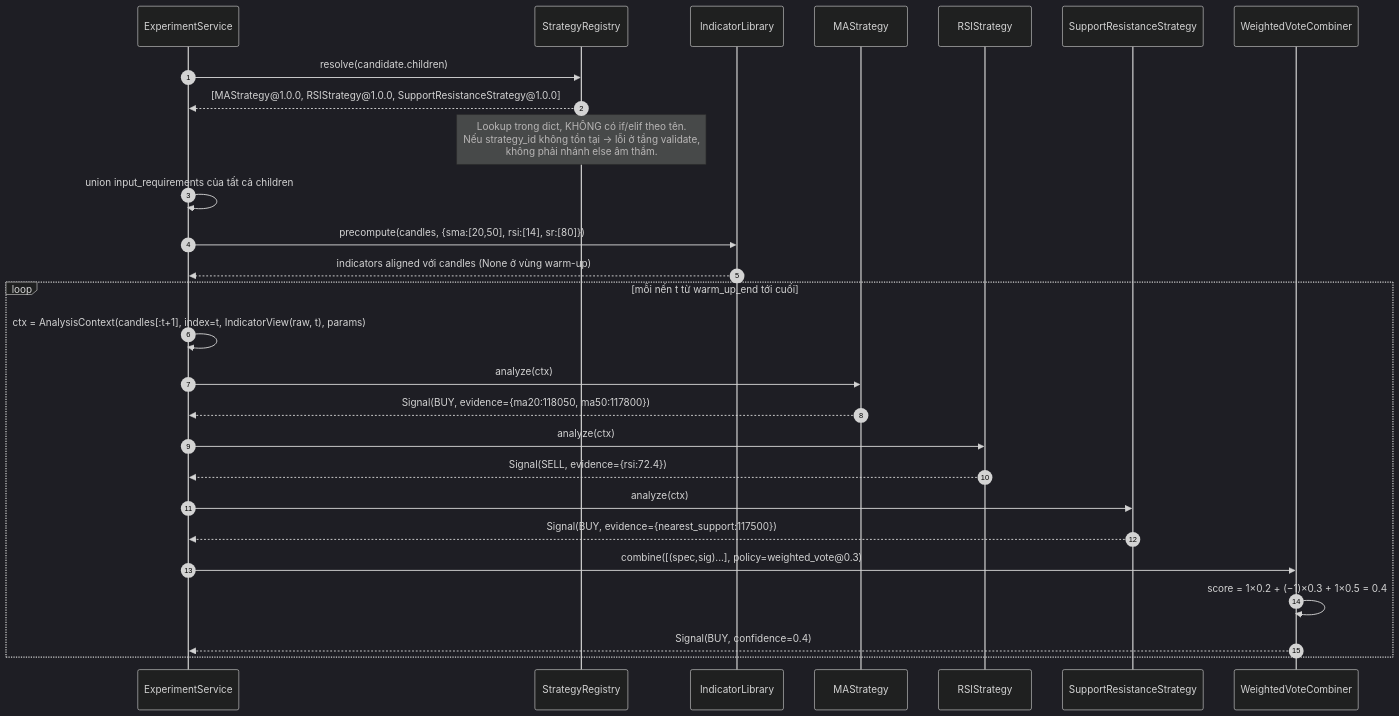
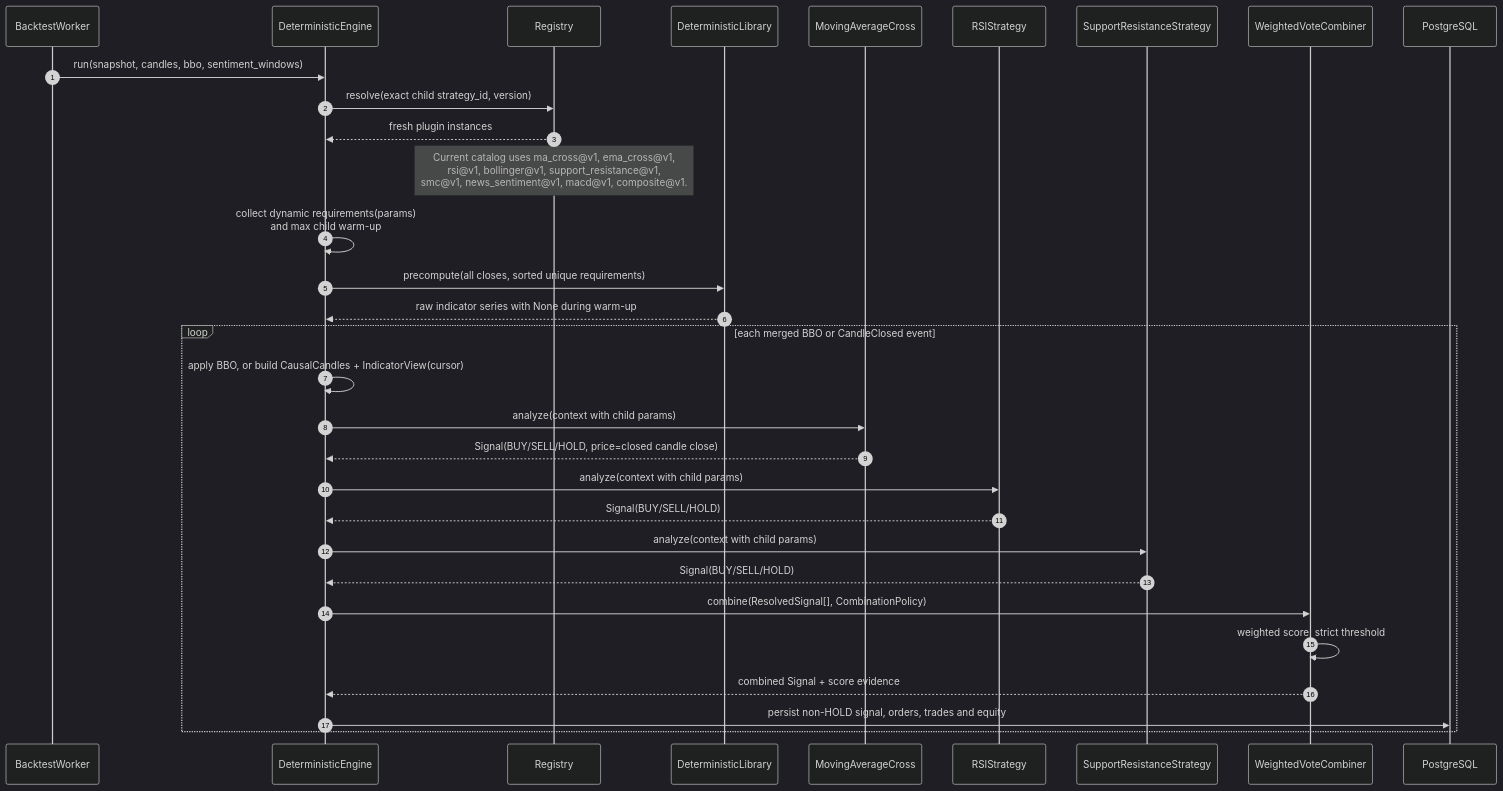
Before and after one commit to EnsoTech-Studio/CryptoBot: the diagram in blueprint/assets/diagrams/10-strategy-flow.mmd, drawn with Mermaid (dark theme). The commit also changed 225 other files, not shown here.

```diff
--- a/blueprint/assets/diagrams/10-strategy-flow.mmd
+++ b/blueprint/assets/diagrams/10-strategy-flow.mmd
@@ -1,30 +1,34 @@
 sequenceDiagram
     autonumber
-    participant EXS as ExperimentService
-    participant REG as StrategyRegistry
-    participant IND as IndicatorLibrary
-    participant MA as MAStrategy
+    participant W as BacktestWorker
+    participant ENG as DeterministicEngine
+    participant REG as Registry
+    participant IND as DeterministicLibrary
+    participant MA as MovingAverageCross
     participant RSI as RSIStrategy
     participant SR as SupportResistanceStrategy
     participant CMB as WeightedVoteCombiner
+    participant DB as PostgreSQL
 
-    EXS->>REG: resolve(candidate.children)
-    REG-->>EXS: [MAStrategy@1.0.0, RSIStrategy@1.0.0, SupportResistanceStrategy@1.0.0]
-    Note over REG: Lookup trong dict, KHÔNG có if/elif theo tên.<br/>Nếu strategy_id không tồn tại → lỗi ở tầng validate,<br/>không phải nhánh else âm thầm.
+    W->>ENG: run(snapshot, candles, bbo, sentiment_windows)
+    ENG->>REG: resolve(exact child strategy_id, version)
+    REG-->>ENG: fresh plugin instances
+    Note over REG: Current catalog uses ma_cross@v1, ema_cross@v1,<br/>rsi@v1, bollinger@v1, support_resistance@v1,<br/>smc@v1, news_sentiment@v1, macd@v1, composite@v1.
 
-    EXS->>EXS: union input_requirements của tất cả children
-    EXS->>IND: precompute(candles, {sma:[20,50], rsi:[14], sr:[80]})
-    IND-->>EXS: indicators aligned với candles (None ở vùng warm-up)
+    ENG->>ENG: collect dynamic requirements(params)<br/>and max child warm-up
+    ENG->>IND: precompute(all closes, sorted unique requirements)
+    IND-->>ENG: raw indicator series with None during warm-up
 
-    loop mỗi nến t từ warm_up_end tới cuối
-        EXS->>EXS: ctx = AnalysisContext(candles[:t+1], index=t, IndicatorView(raw, t), params)
-        EXS->>MA: analyze(ctx)
-        MA-->>EXS: Signal(BUY, evidence={ma20:118050, ma50:117800})
-        EXS->>RSI: analyze(ctx)
-        RSI-->>EXS: Signal(SELL, evidence={rsi:72.4})
-        EXS->>SR: analyze(ctx)
-        SR-->>EXS: Signal(BUY, evidence={nearest_support:117500})
-        EXS->>CMB: combine([(spec,sig)...], policy=weighted_vote@0.3)
-        CMB->>CMB: score = 1×0.2 + (−1)×0.3 + 1×0.5 = 0.4
-        CMB-->>EXS: Signal(BUY, confidence=0.4)
+    loop each merged BBO or CandleClosed event
+        ENG->>ENG: apply BBO, or build CausalCandles + IndicatorView(cursor)
+        ENG->>MA: analyze(context with child params)
+        MA-->>ENG: Signal(BUY/SELL/HOLD, price=closed candle close)
+        ENG->>RSI: analyze(context with child params)
+        RSI-->>ENG: Signal(BUY/SELL/HOLD)
+        ENG->>SR: analyze(context with child params)
+        SR-->>ENG: Signal(BUY/SELL/HOLD)
+        ENG->>CMB: combine(ResolvedSignal[], CombinationPolicy)
+        CMB->>CMB: weighted score, strict threshold
+        CMB-->>ENG: combined Signal + score evidence
+        ENG->>DB: persist non-HOLD signal, orders, trades and equity
     end
```
